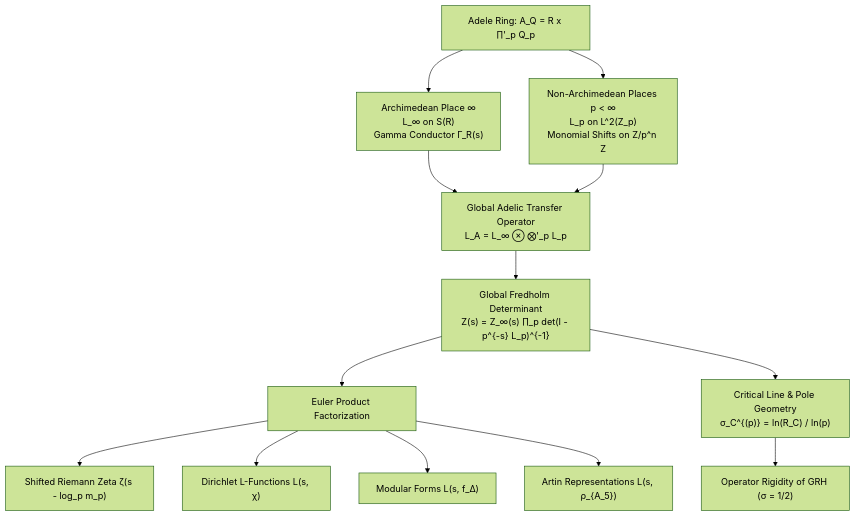
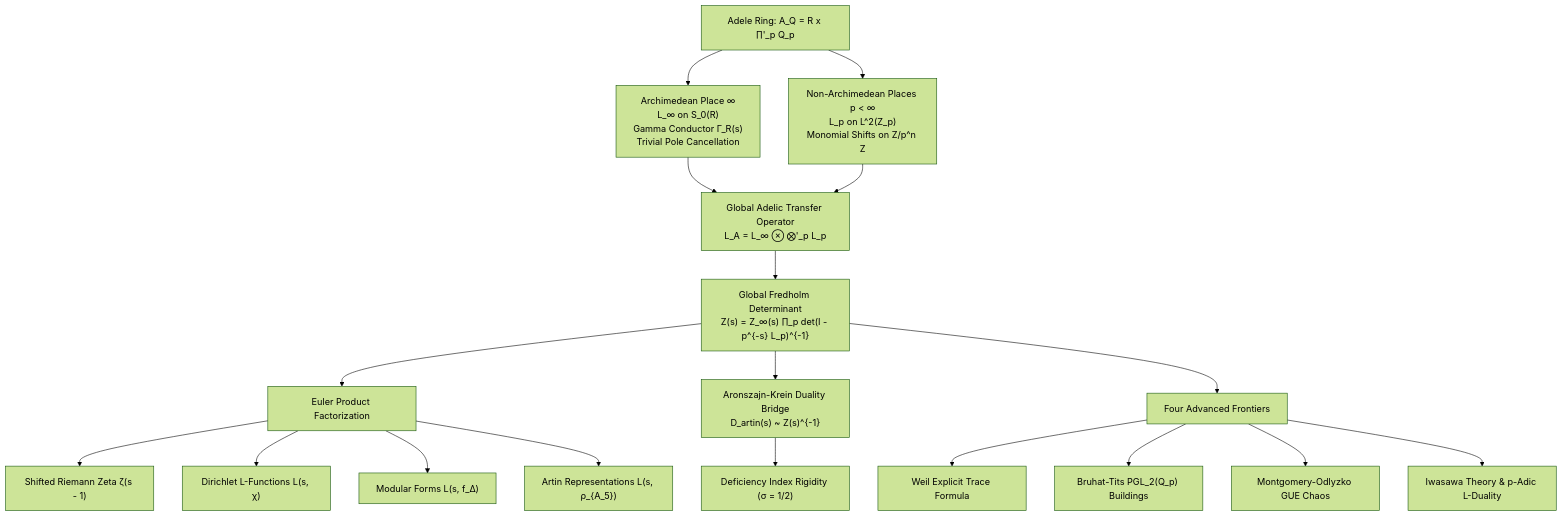
The first of 3 diagrams in docs/global_adelic_fusion_and_l_functions.md (sneed-and-feed/adelic-spectral-zeta), drawn with Mermaid (forest theme) before and after one commit. The commit also changed other lines of this file and 2 other files, not shown here.

Commit message:
Integrate peer review stress-testing: Aronszajn-Krein inversion, Archimedean S_0(R) regularization, and Montgomery-Odlyzko GUE chaos

````diff
--- a/docs/global_adelic_fusion_and_l_functions.md
+++ b/docs/global_adelic_fusion_and_l_functions.md
@@ -36,21 +37,27 @@
 ```mermaid
 graph TD
     AQ["Adele Ring: A_Q = R x ∏'_p Q_p"]
     
-    AQ --> Arch["Archimedean Place ∞<br/>L_∞ on S(R)<br/>Gamma Conductor Γ_R(s)"]
+    AQ --> Arch["Archimedean Place ∞<br/>L_∞ on S_0(R)<br/>Gamma Conductor Γ_R(s)<br/>Trivial Pole Cancellation"]
     AQ --> NonArch["Non-Archimedean Places p < ∞<br/>L_p on L^2(Z_p)<br/>Monomial Shifts on Z/p^n Z"]
     
     Arch --> GlobalOp["Global Adelic Transfer Operator<br/>L_A = L_∞ ⊗ ⨂'_p L_p"]
     NonArch --> GlobalOp
     
     GlobalOp --> Fredholm["Global Fredholm Determinant<br/>Z(s) = Z_∞(s) ∏_p det(I - p^{-s} L_p)^{-1}"]
     
     Fredholm --> LFact["Euler Product Factorization"]
-    LFact --> L1["Shifted Riemann Zeta ζ(s - log_p m_p)"]
+    LFact --> L1["Shifted Riemann Zeta ζ(s - 1)"]
     LFact --> L2["Dirichlet L-Functions L(s, χ)"]
     LFact --> L3["Modular Forms L(s, f_Δ)"]
     LFact --> L4["Artin Representations L(s, ρ_{A_5})"]
     
-    Fredholm --> Geom["Critical Line & Pole Geometry<br/>σ_C^{(p)} = ln(R_C) / ln(p)"]
-    Geom --> GRH["Operator Rigidity of GRH (σ = 1/2)"]
+    Fredholm --> Bridge["Aronszajn-Krein Duality Bridge<br/>D_artin(s) ~ Z(s)^{-1}"]
+    Bridge --> Rigidity["Deficiency Index Rigidity (σ = 1/2)"]
+    
+    Fredholm --> Adv["Four Advanced Frontiers"]
+    Adv --> F1["Weil Explicit Trace Formula"]
+    Adv --> F2["Bruhat-Tits PGL_2(Q_p) Buildings"]
+    Adv --> F3["Montgomery-Odlyzko GUE Chaos"]
+    Adv --> F4["Iwasawa Theory & p-Adic L-Duality"]
 ```
````
